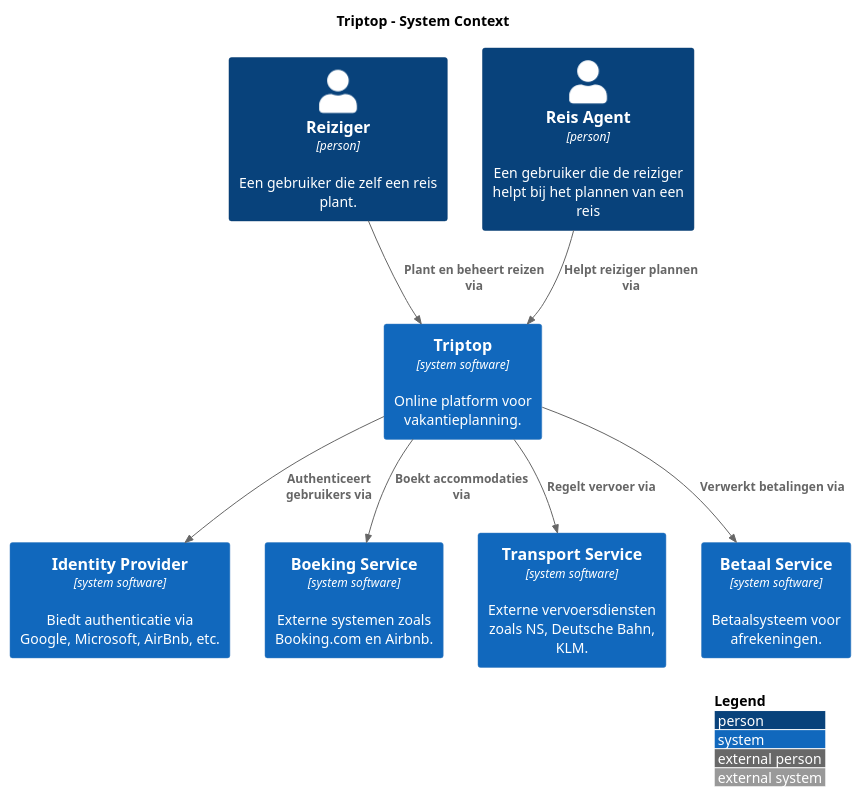
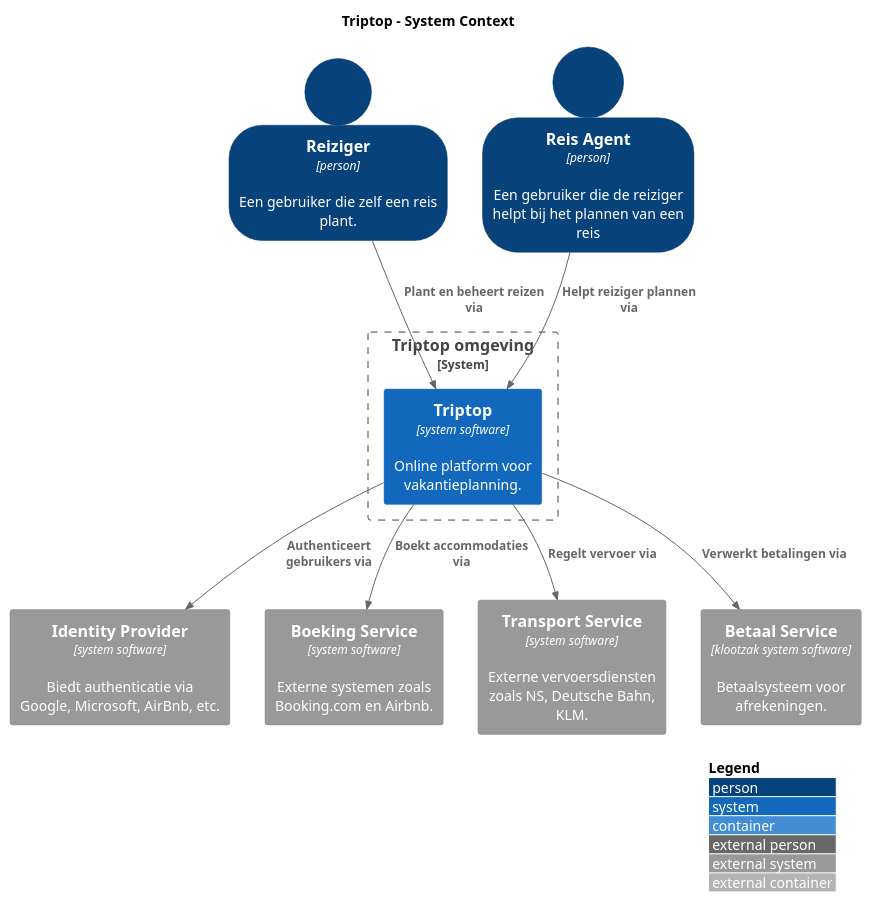
The diagram in opdracht-diagrammen/reiziger.plantuml (AIM-ENE-feb25/triptop-groep-3-pedro-ramon-mees), drawn with PlantUML before and after one commit.

```diff
--- a/opdracht-diagrammen/reiziger.plantuml
+++ b/opdracht-diagrammen/reiziger.plantuml
@@ -1,30 +1,33 @@
-@startuml name
-set separator none
+@startuml Triptop
 title Triptop - System Context
 
 Top to bottom direction
 
 !include <C4/C4>
 !include <C4/C4_Context>
 !include https://raw.githubusercontent.com/plantuml-stdlib/C4-PlantUML/master/C4_Context.puml
-
-
+!include https://raw.githubusercontent.com/plantuml-stdlib/C4-PlantUML/master/C4_Container.puml
+SHOW_PERSON_OUTLINE()
 Person(Reiziger, "Reiziger", "Een gebruiker die zelf een reis plant.", $tags="person", $type="person")
 Person(ReisAgent, "Reis Agent", "Een gebruiker die de reiziger helpt bij het plannen van een reis", $tags="person",$type="person")
 
-System(Triptop, "Triptop", "Online platform voor vakantieplanning.", $tags="software system",$type="system software")
-System(IdentityProvider, "Identity Provider", "Biedt authenticatie via Google, Microsoft, AirBnb, etc.", $tags="software system",$type="system software")
-System(BoekingService, "Boeking Service", "Externe systemen zoals Booking.com en Airbnb.", $tags="software system",$type="system software")
-System(TransportService, "Transport Service", "Externe vervoersdiensten zoals NS, Deutsche Bahn, KLM.", $tags="software system",$type="system software")
-System(BetaalService, "Betaal Service", "Betaalsysteem voor afrekeningen.", $tags="software system",$type="system software")
 
+
+System_Boundary(c1, "Triptop omgeving", $tags=".") {
+    System(Triptop, "Triptop", "Online platform voor vakantieplanning.", $tags="software system",$type="system software")
+}
+
+System_Ext(IdentityProvider, "Identity Provider", "Biedt authenticatie via Google, Microsoft, AirBnb, etc.", $tags="software system",$type="system software")
+System_Ext(BoekingService, "Boeking Service", "Externe systemen zoals Booking.com en Airbnb.", $tags="software system",$type="system software")
+System_Ext(TransportService, "Transport Service", "Externe vervoersdiensten zoals NS, Deutsche Bahn, KLM.", $tags="software system",$type="system software")
+System_Ext(BetaalService, "Betaal Service", "Betaalsysteem voor afrekeningen.", $tags="software system",$type="klootzak system software")
+AddExternalSystemTag(BetaalService, )
 Rel(Triptop, IdentityProvider, "Authenticeert gebruikers via")
 Rel(Triptop, BoekingService, "Boekt accommodaties via")
 Rel(Triptop, TransportService, "Regelt vervoer via")
 Rel(Triptop, BetaalService, "Verwerkt betalingen via")
 Rel(Reiziger, Triptop, "Plant en beheert reizen via")
 Rel(ReisAgent, Triptop, "Helpt reiziger plannen via")
-
 SHOW_LEGEND(true)
 LAYOUT_WITH_LEGEND()
 @enduml
```
